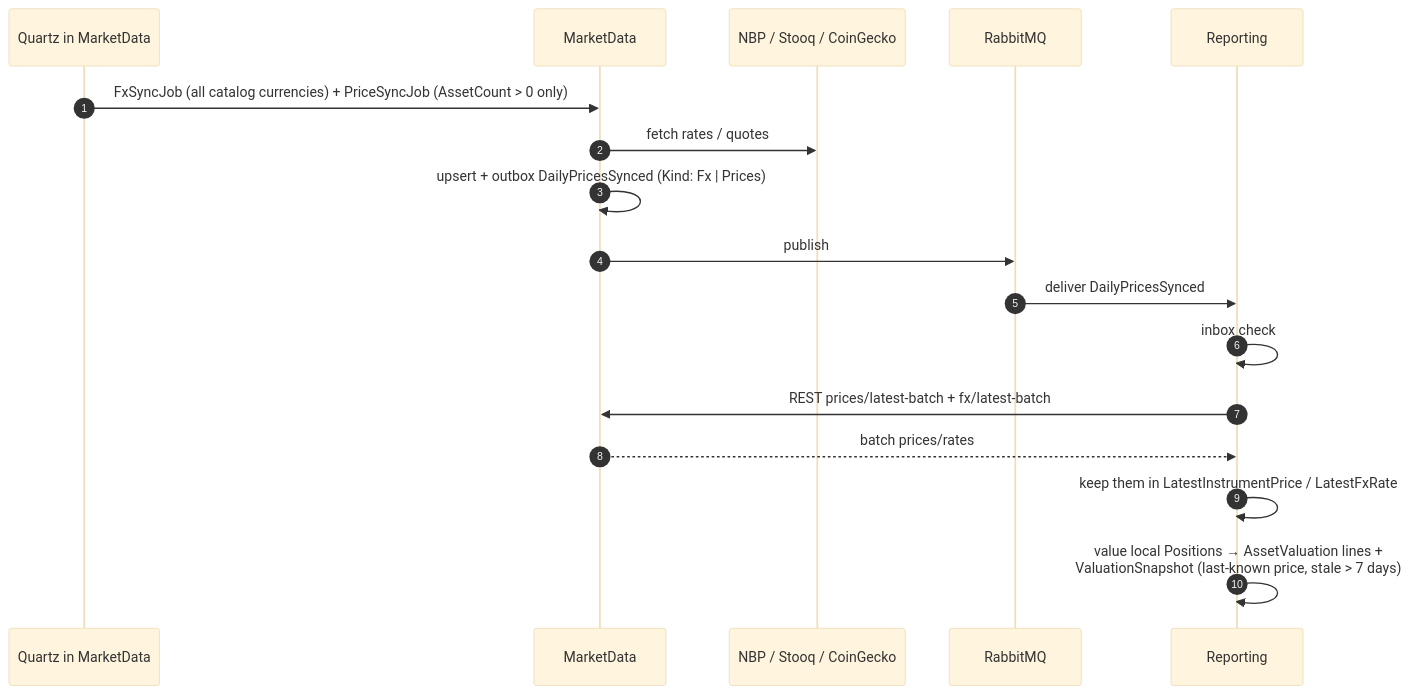
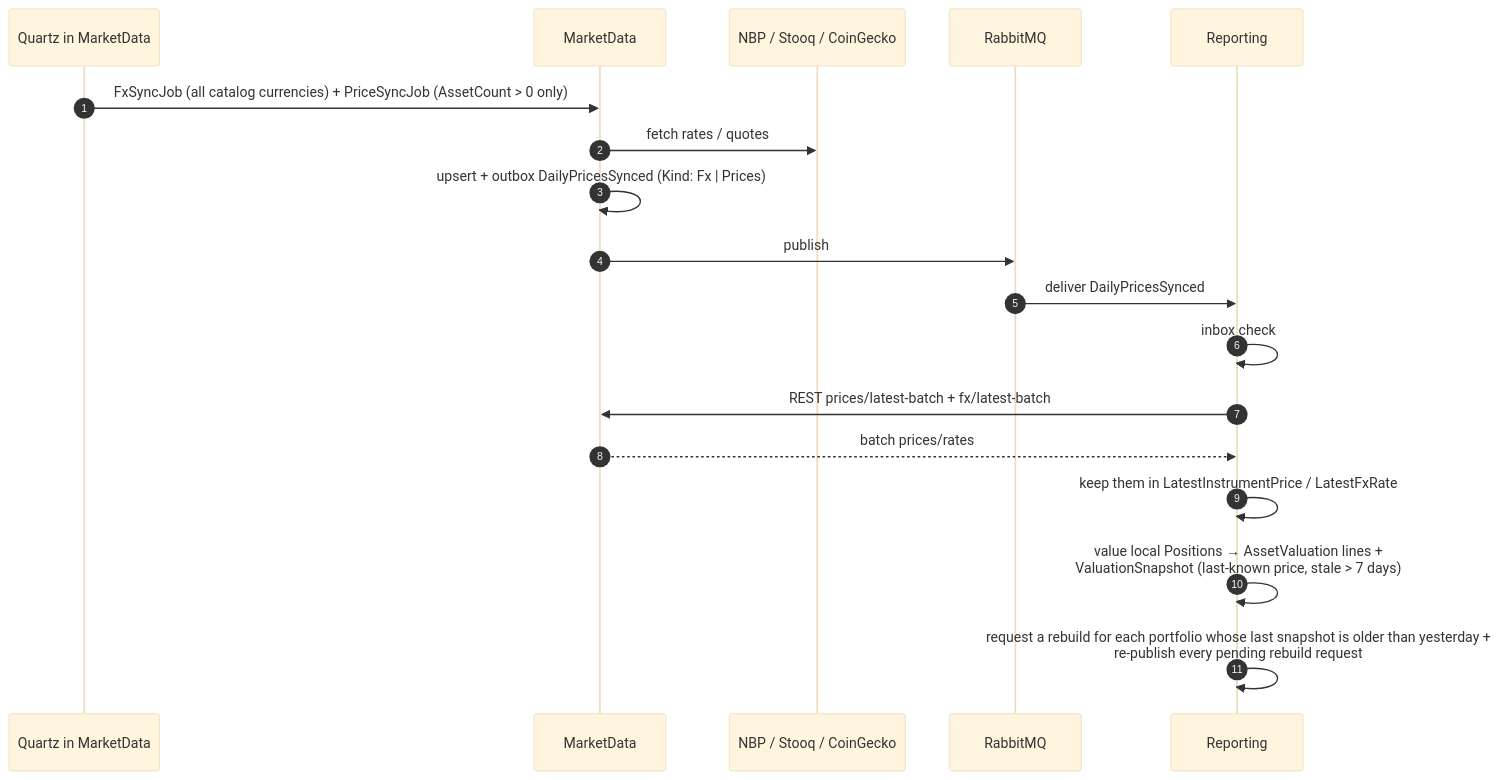
Before and after one commit to Maliniak93/FinMel: the fourth of 7 diagrams in skarbiec-plan/architecture.md, drawn with Mermaid (base theme). The commit also changed other lines of this file and 14 other files, not shown here.

````diff
--- a/skarbiec-plan/architecture.md
+++ b/skarbiec-plan/architecture.md
@@ -137,20 +137,21 @@
 ```mermaid
 sequenceDiagram
     autonumber
     participant Q as Quartz in MarketData
     participant MD as MarketData
     participant EXT as NBP / Stooq / CoinGecko
     participant MQ as RabbitMQ
     participant RP as Reporting
 
     Q->>MD: FxSyncJob (all catalog currencies) + PriceSyncJob (AssetCount > 0 only)
     MD->>EXT: fetch rates / quotes
     MD->>MD: upsert + outbox DailyPricesSynced (Kind: Fx | Prices)
     MD->>MQ: publish
     MQ->>RP: deliver DailyPricesSynced
     RP->>RP: inbox check
     RP->>MD: REST prices/latest-batch + fx/latest-batch
     MD-->>RP: batch prices/rates
     RP->>RP: keep them in LatestInstrumentPrice / LatestFxRate
     RP->>RP: value local Positions → AssetValuation lines +<br/>ValuationSnapshot (last-known price, stale > 7 days)
+    RP->>RP: request a rebuild for each portfolio whose last snapshot is older than yesterday +<br/>re-publish every pending rebuild request
 ```
````
